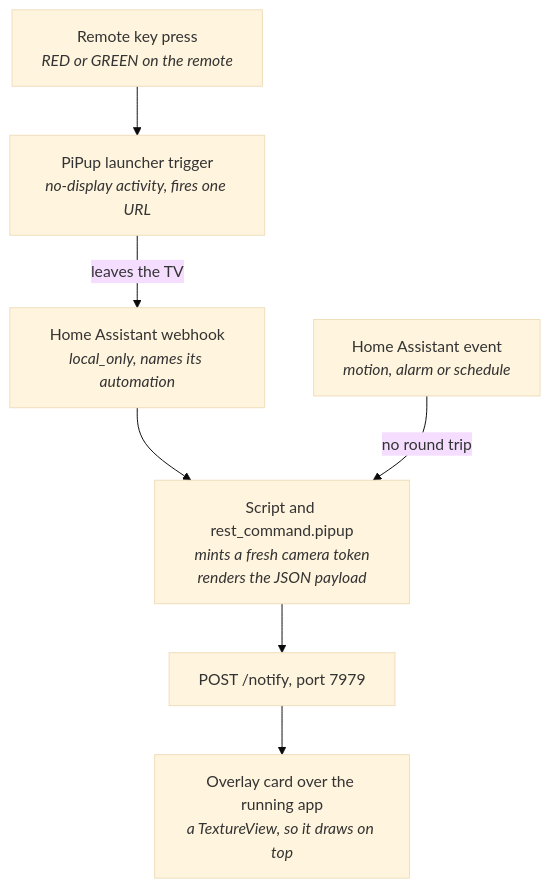
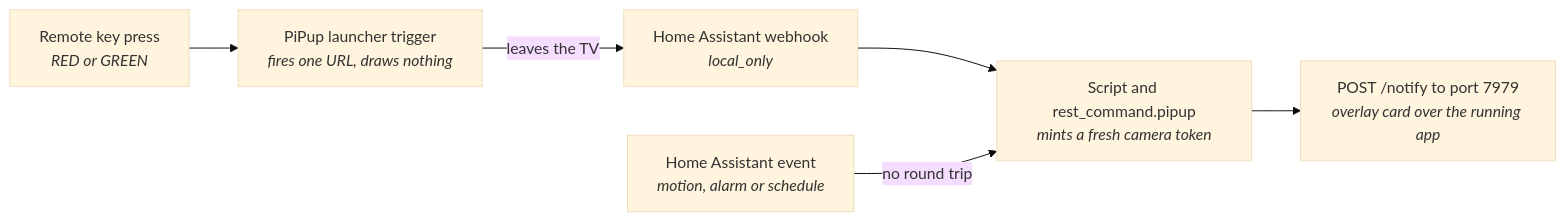
Before and after one commit to silvermy/PiPup: the diagram in docs/HARDENING.md, drawn with Mermaid (base theme).

Commit message:
Lay the flow diagram out left to right so GitHub stops clipping it
GitHub renders mermaid in a fixed-height viewer. The top-down layout was
taller than that box, so the last three nodes were cut off entirely and the
webhook node was sliced through its second line. Left-to-right keeps it
inside the height limit.

````diff
--- a/docs/HARDENING.md
+++ b/docs/HARDENING.md
@@ -28,17 +28,15 @@
 ```mermaid
-flowchart TD
-    RK["Remote key press<br/><i>RED or GREEN on the remote</i>"]
-    LT["PiPup launcher trigger<br/><i>no-display activity, fires one URL</i>"]
-    WH["Home Assistant webhook<br/><i>local_only, names its automation</i>"]
+flowchart LR
+    RK["Remote key press<br/><i>RED or GREEN</i>"]
+    LT["PiPup launcher trigger<br/><i>fires one URL, draws nothing</i>"]
+    WH["Home Assistant webhook<br/><i>local_only</i>"]
     EV["Home Assistant event<br/><i>motion, alarm or schedule</i>"]
-    SC["Script and rest_command.pipup<br/><i>mints a fresh camera token<br/>renders the JSON payload</i>"]
-    NT["POST /notify, port 7979"]
-    CD["Overlay card over the running app<br/><i>a TextureView, so it draws on top</i>"]
+    SC["Script and rest_command.pipup<br/><i>mints a fresh camera token</i>"]
+    CD["POST /notify to port 7979<br/><i>overlay card over the running app</i>"]
 
     RK --> LT
-    LT -- leaves the TV --> WH
+    LT -- "leaves the TV" --> WH
     WH --> SC
-    EV -- no round trip --> SC
-    SC --> NT
-    NT --> CD
+    EV -- "no round trip" --> SC
+    SC --> CD
 ```
````
